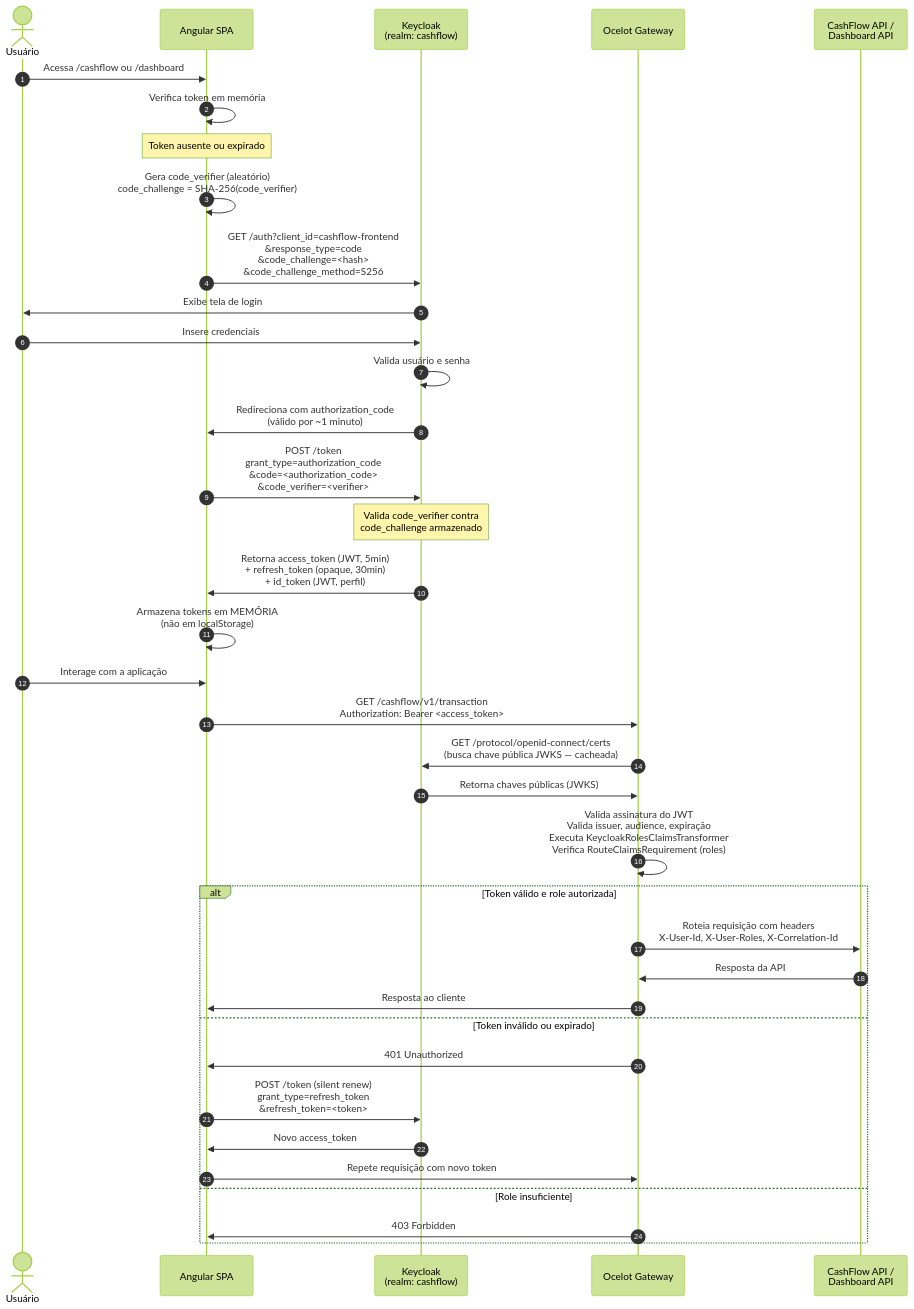
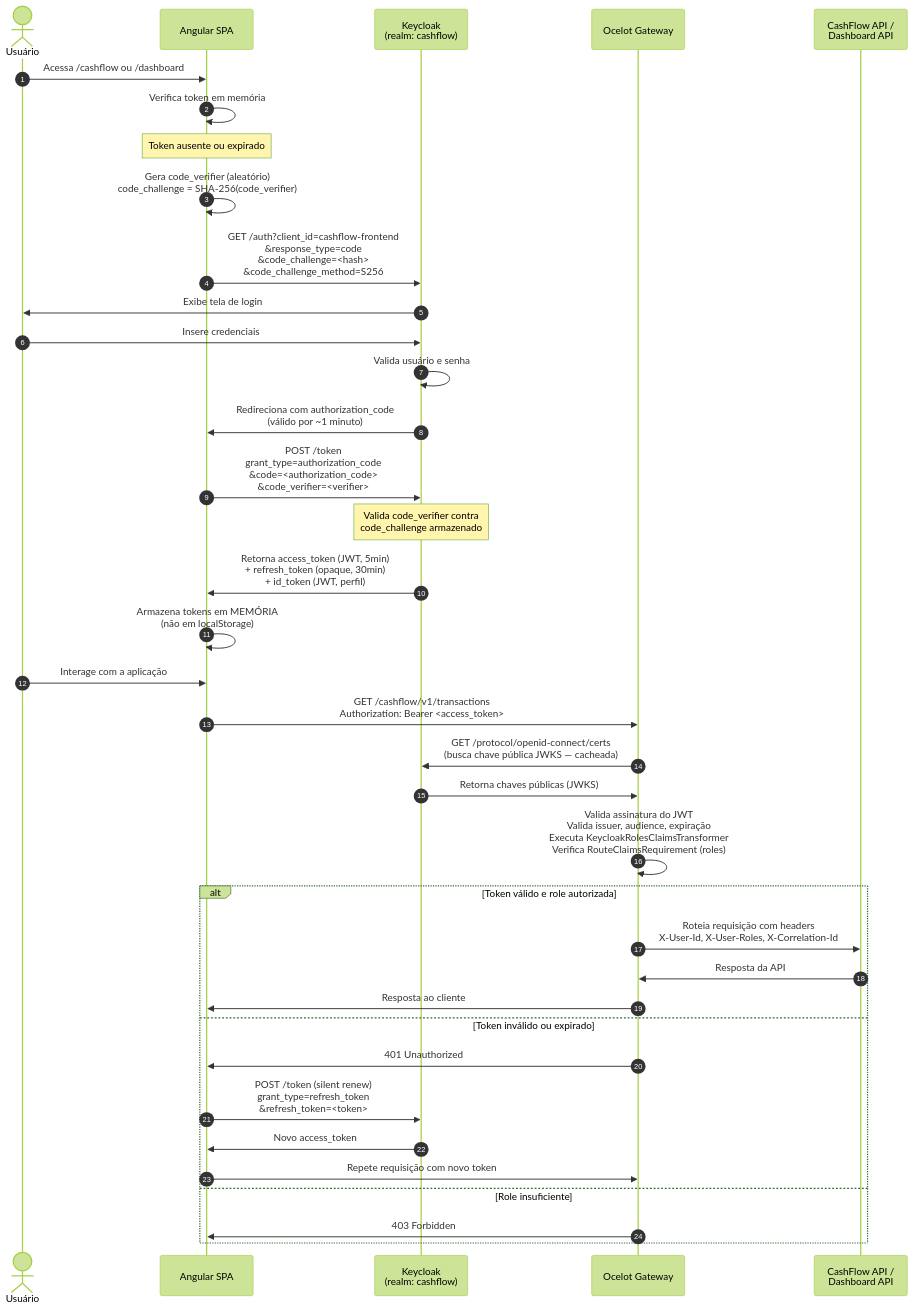
The diagram in docs/security/diagrams/auth-oidc-flow.mmd (filipececcon/arch-challenge), drawn with Mermaid (forest theme) before and after one commit. The commit also changed 41 other files, not shown here.

```diff
--- a/docs/security/diagrams/auth-oidc-flow.mmd
+++ b/docs/security/diagrams/auth-oidc-flow.mmd
@@ -1,48 +1,48 @@
 sequenceDiagram
     autonumber
 
     actor U as Usuário
     participant A as Angular SPA
     participant K as Keycloak<br/>(realm: cashflow)
     participant G as Ocelot Gateway
     participant C as CashFlow API /<br/>Dashboard API
 
     U->>A: Acessa /cashflow ou /dashboard
     A->>A: Verifica token em memória
     Note over A: Token ausente ou expirado
 
     A->>A: Gera code_verifier (aleatório)<br/>code_challenge = SHA-256(code_verifier)
 
     A->>K: GET /auth?client_id=cashflow-frontend<br/>&response_type=code<br/>&code_challenge=<hash><br/>&code_challenge_method=S256
     K->>U: Exibe tela de login
 
     U->>K: Insere credenciais
     K->>K: Valida usuário e senha
     K->>A: Redireciona com authorization_code<br/>(válido por ~1 minuto)
 
     A->>K: POST /token<br/>grant_type=authorization_code<br/>&code=<authorization_code><br/>&code_verifier=<verifier>
     Note over K: Valida code_verifier contra<br/>code_challenge armazenado
     K->>A: Retorna access_token (JWT, 5min)<br/>+ refresh_token (opaque, 30min)<br/>+ id_token (JWT, perfil)
 
     A->>A: Armazena tokens em MEMÓRIA<br/>(não em localStorage)
 
     U->>A: Interage com a aplicação
-    A->>G: GET /cashflow/v1/transaction<br/>Authorization: Bearer <access_token>
+    A->>G: GET /cashflow/v1/transactions<br/>Authorization: Bearer <access_token>
 
     G->>K: GET /protocol/openid-connect/certs<br/>(busca chave pública JWKS — cacheada)
     K->>G: Retorna chaves públicas (JWKS)
 
     G->>G: Valida assinatura do JWT<br/>Valida issuer, audience, expiração<br/>Executa KeycloakRolesClaimsTransformer<br/>Verifica RouteClaimsRequirement (roles)
 
     alt Token válido e role autorizada
         G->>C: Roteia requisição com headers<br/>X-User-Id, X-User-Roles, X-Correlation-Id
         C->>G: Resposta da API
         G->>A: Resposta ao cliente
     else Token inválido ou expirado
         G->>A: 401 Unauthorized
         A->>K: POST /token (silent renew)<br/>grant_type=refresh_token<br/>&refresh_token=<token>
         K->>A: Novo access_token
         A->>G: Repete requisição com novo token
     else Role insuficiente
         G->>A: 403 Forbidden
     end
```
